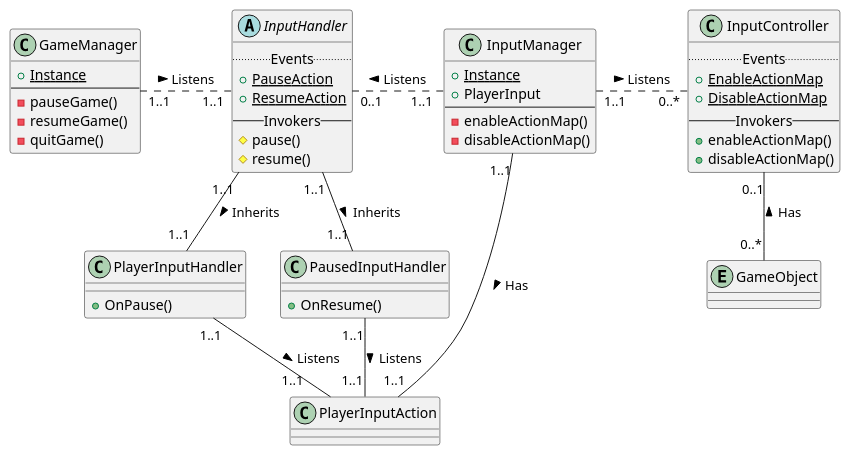
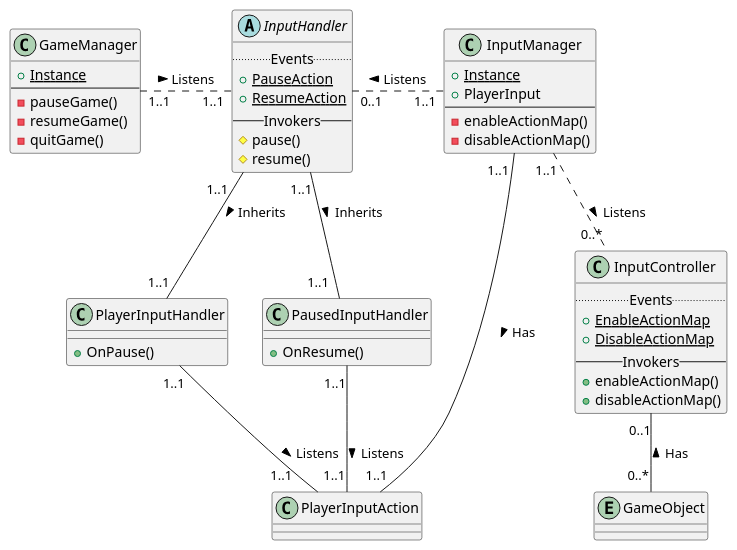
One commit to jskelly2021/Journey changed the diagram in UML/inputsystem.iuml. Above: the diagram before and after it, drawn with PlantUML. The commit also changed 1 other file, not shown here.

Commit message:
Added Audio System UML

```diff
--- a/UML/inputsystem.iuml
+++ b/UML/inputsystem.iuml
@@ -1,62 +1,62 @@
 @startuml inputsystem
 class InputManager {
     {static} +Instance
     +PlayerInput
     --
     -enableActionMap()
     -disableActionMap()
 }
 
 abstract InputHandler {
     ..Events..
     {static} +PauseAction
     {static} +ResumeAction
     --Invokers--
     #pause()
     #resume()
 }
 
 class PlayerInputHandler {
     +OnPause()
 }
 
 class PausedInputHandler {
     +OnResume()
 }
 
 class PlayerInputAction {
 
 }
 
 class InputController {
     ..Events..
     {static} +EnableActionMap
     {static} +DisableActionMap
     --Invokers--
     +enableActionMap()
     +disableActionMap()
 }
 
 entity GameObject
 
 class GameManager {
     {static} +Instance
     --
     -pauseGame()
     -resumeGame()
     -quitGame()
 }
 
-InputManager        "1..1"       .right.   "0..*"       InputController      : "Listens >"
+InputManager        "1..1"       .down.   "0..*"       InputController      : "Listens >"
 InputController     "0..1"       -down-    "0..*"       GameObject           : "Has <"
 
-InputManager        "1..1 "      .left.    "0..1"       InputHandler         : "Listens >"
-InputHandler        "1..1"       -down-    "1..1"       PlayerInputHandler   : "Inherits >"
-InputHandler        "1..1"       -down-    "1..1"       PausedInputHandler   : "Inherits >"
+InputManager        "1..1"       .left.    "0..1"       InputHandler         : "Listens >"
+InputHandler        "1..1   "    -down-    "1..1"       PlayerInputHandler   : "Inherits >"
+InputHandler        "1..1"       -down-    "1..1  "     PausedInputHandler   : "Inherits >"
 
-InputManager        "1..1"       -down-    "1..1"       PlayerInputAction    : "Has >"
+InputManager        "1..1 "      -down-    "1..1"       PlayerInputAction    : "Has >"
 PlayerInputHandler  "1..1"       -down-    "1..1    "   PlayerInputAction    : "Listens >"
 PausedInputHandler  "1..1"       -down-    "1..1"       PlayerInputAction    : "Listens >"
 
 GameManager         "1..1  "     .right.   "1..1"       InputHandler         : "Listens >"
 @enduml
```
